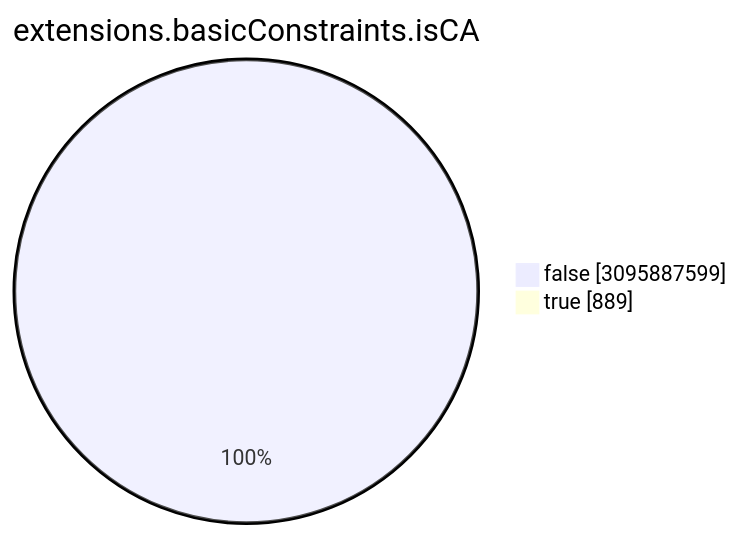
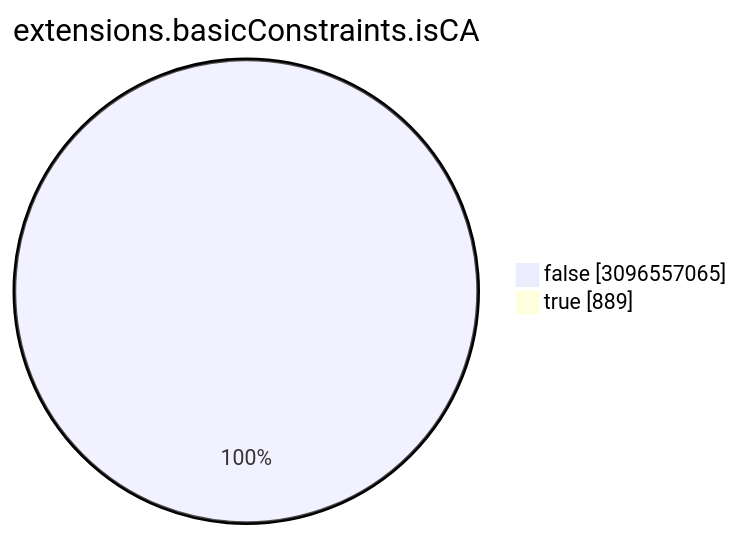
Before and after one commit to christiankrug/ctmonitor_visualization: the seventh of 15 diagrams in TOTAL/README.md, drawn with Mermaid. The commit also changed other lines of this file, not shown here.

````diff
--- a/TOTAL/README.md
+++ b/TOTAL/README.md
@@ -3086,6 +3086,6 @@
 ```mermaid
 pie showData
 title extensions.basicConstraints.isCA
-"false" :3095887599
+"false" :3096557065
 "true" :889
 ```
````
